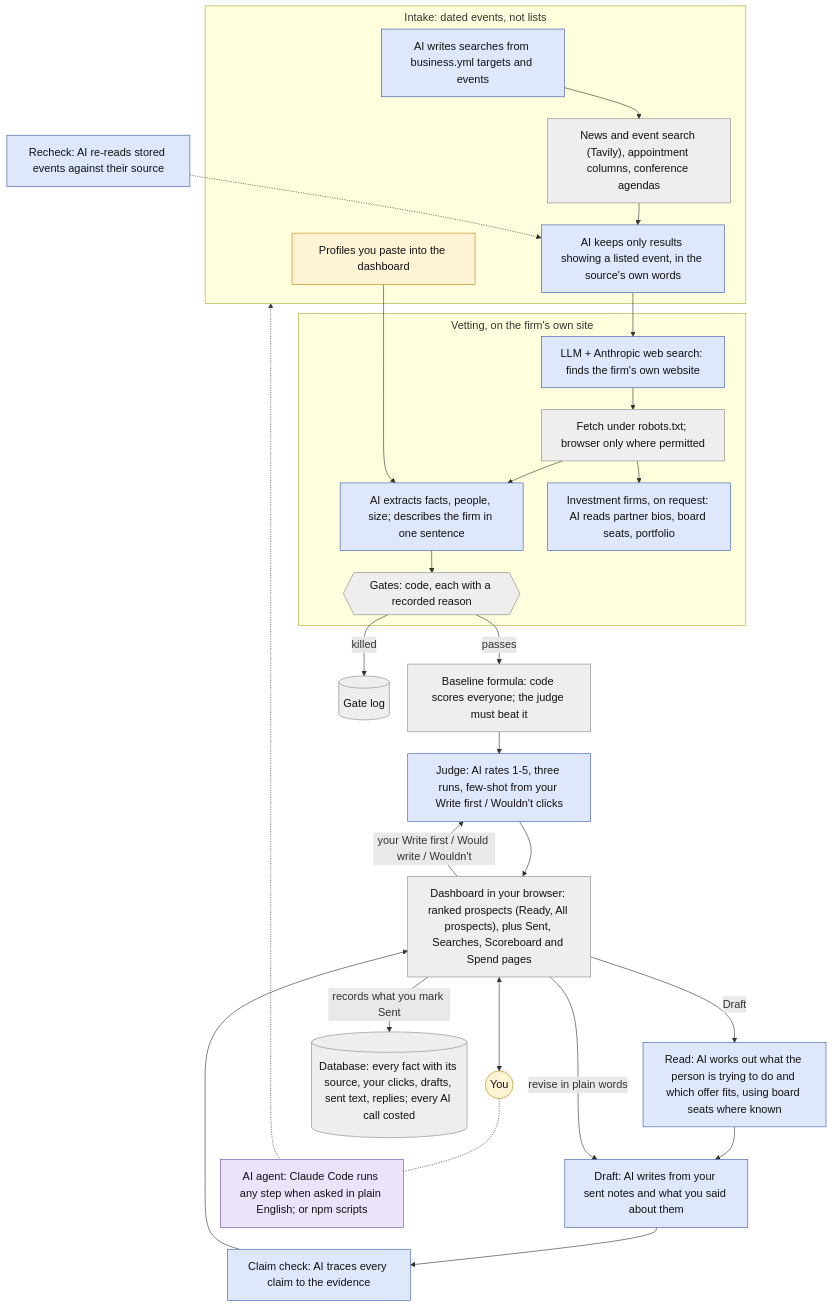
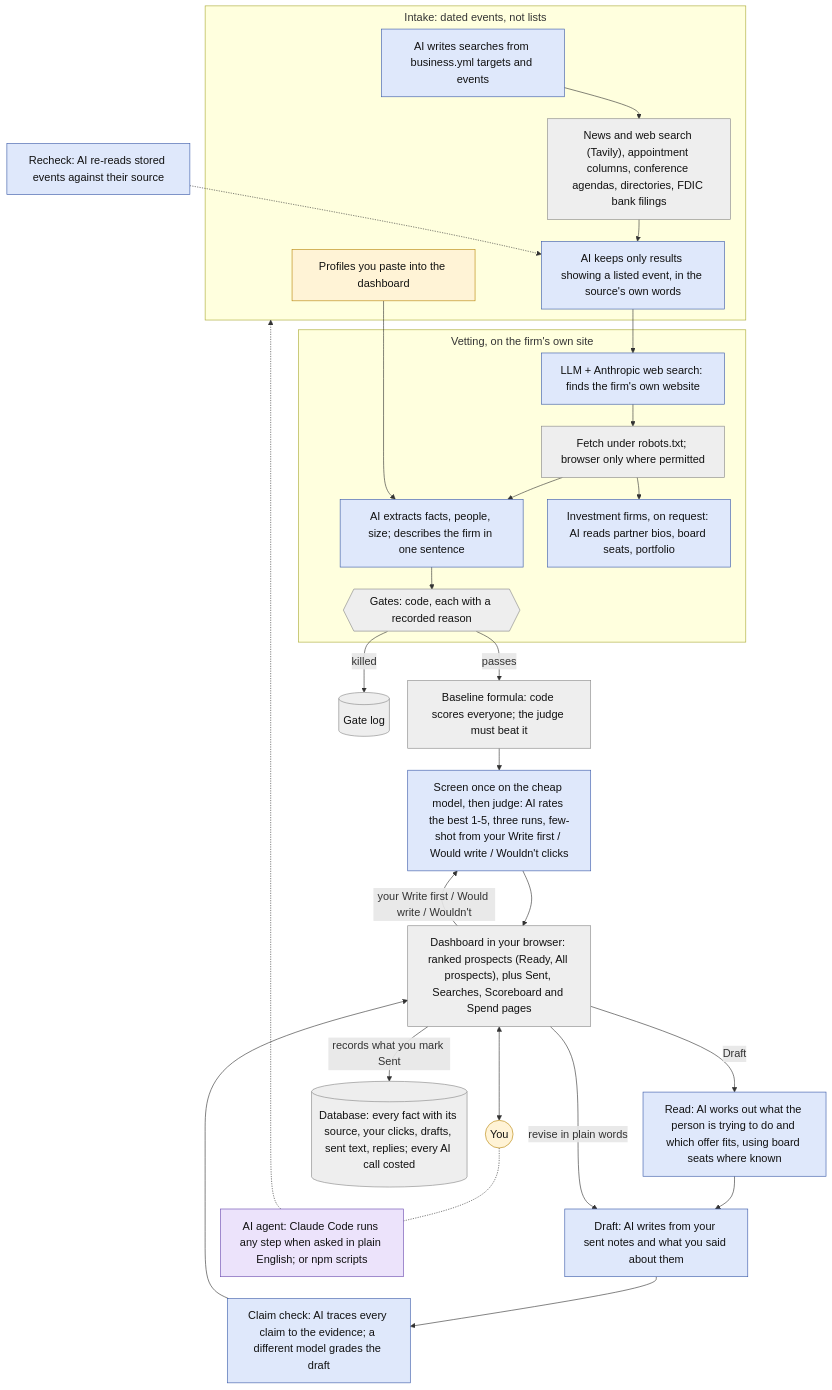
One commit to joehahn/prospect-scanner changed the diagram in docs/how-it-works.md. Above: the diagram before and after it, drawn with Mermaid. The commit also changed other lines of this file and 2 other files, not shown here.

First line of the commit message:
Docs match the system as it runs: screen, MiniMax judge, grader, sources, tiers

````diff
--- a/docs/how-it-works.md
+++ b/docs/how-it-works.md
@@ -5,41 +5,41 @@
 ```mermaid
 %%{init: {'themeVariables': {'fontSize': '18px'}, 'flowchart': {'wrappingWidth': 240, 'nodeSpacing': 30, 'rankSpacing': 36, 'subGraphTitleMargin': {'top': 6, 'bottom': 14}}}}%%
 flowchart TD
   subgraph intake["Intake: dated events, not lists"]
     Q["AI writes searches from business.yml targets and events"]:::ai
-    W["News and event search (Tavily), appointment columns, conference agendas"]:::code
+    W["News and web search (Tavily), appointment columns, conference agendas, directories, FDIC bank filings"]:::code
     K["AI keeps only results showing a listed event, in the source's own words"]:::ai
     PA["Profiles you paste into the dashboard"]:::you
     Q --> W --> K
   end
   subgraph vet["Vetting, on the firm's own site"]
     WS["LLM + Anthropic web search: finds the firm's own website"]:::ai
     V["Fetch under robots.txt; browser only where permitted"]:::code
     X["AI extracts facts, people, size; describes the firm in one sentence"]:::ai
     B["Investment firms, on request: AI reads partner bios, board seats, portfolio"]:::ai
     G{{"Gates: code, each with a recorded reason"}}:::code
     V --> B
     WS --> V --> X --> G
   end
   K --> WS
   PA --> X
   G -- "passes" --> F["Baseline formula: code scores everyone; the judge must beat it"]:::code
-  F --> J["Judge: AI rates 1-5, three runs, few-shot from your Write first / Wouldn't clicks"]:::ai
+  F --> J["Screen once on the cheap model, then judge: AI rates the best 1-5, three runs, few-shot from your Write first / Would write / Wouldn't clicks"]:::ai
   G -- "killed" --> L[("Gate log")]:::code
   J --> P["Dashboard in your browser: ranked prospects (Ready, All prospects), plus Sent, Searches, Scoreboard and Spend pages"]:::code
   P <--> Y(("You")):::you
   P -- "your Write first / Would write / Wouldn't" --> J
   P -- "Draft" --> RD["Read: AI works out what the person is trying to do and which offer fits, using board seats where known"]:::ai
   RD --> D["Draft: AI writes from your sent notes and what you said about them"]:::ai
-  D --> CC["Claim check: AI traces every claim to the evidence"]:::ai
+  D --> CC["Claim check: AI traces every claim to the evidence; a different model grades the draft"]:::ai
   CC --> P
   P -- "revise in plain words" --> D
   P -- "records what you mark Sent" --> S[("Database: every fact with its source, your clicks, drafts, sent text, replies; every AI call costed")]:::code
   RC["Recheck: AI re-reads stored events against their source"]:::ai -.-> K
   CLI["AI agent: Claude Code runs any step when asked in plain English; or npm scripts"]:::agent -.-> intake
   Y -.- CLI
   classDef ai fill:#dfe8fb,stroke:#3b5ba9,color:#111
   classDef code fill:#eeeeee,stroke:#888888,color:#111
   classDef you fill:#fff3d6,stroke:#b8860b,color:#111
   classDef agent fill:#ece3fb,stroke:#6b4bb0,color:#111
 ```
````
